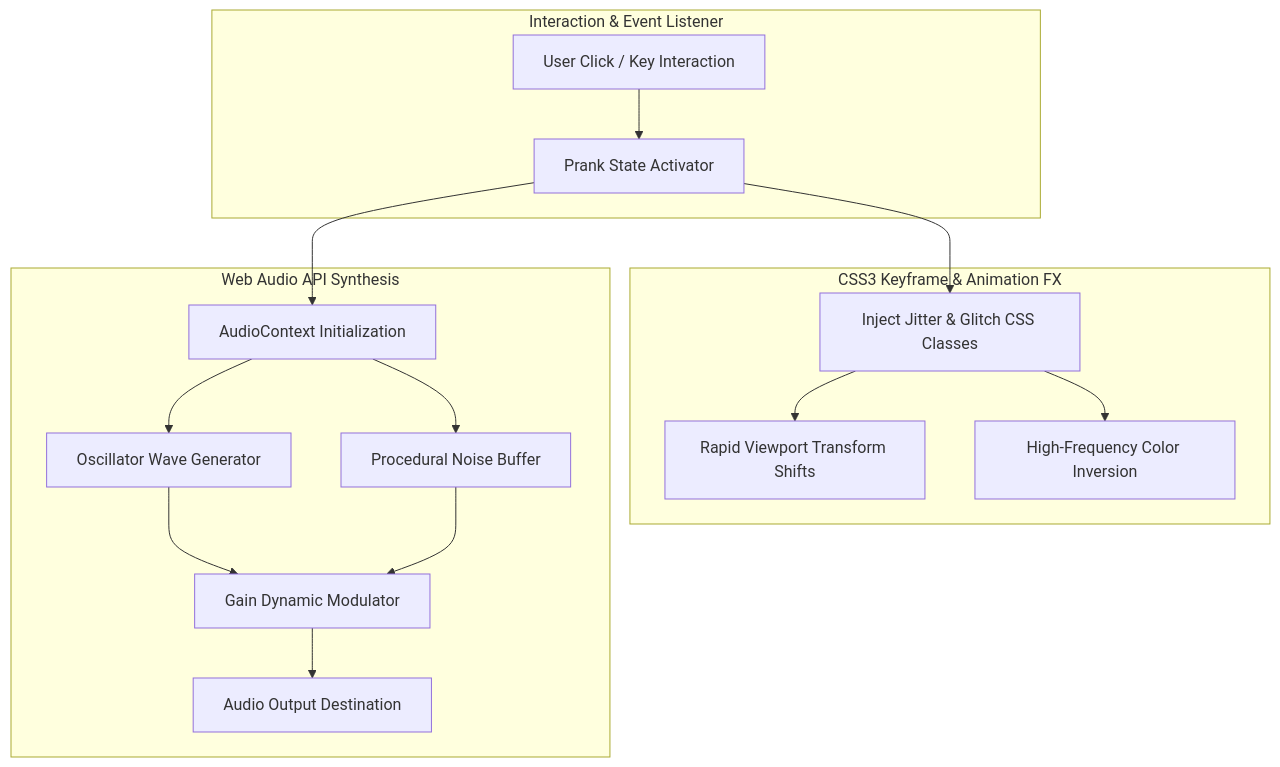
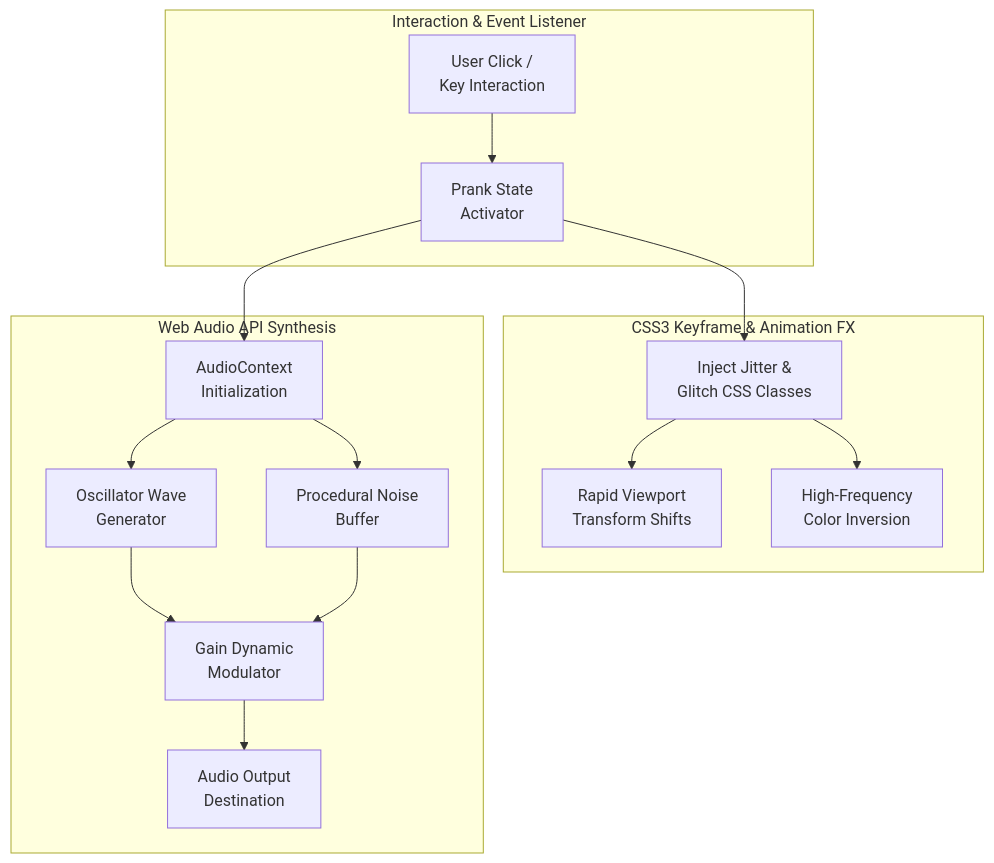
Before and after one commit to ISBANDURAHUMAN-R/PRANK: the diagram in README.md, drawn with Mermaid.

Commit message:
docs: fix Mermaid diagram text visibility, wrapping and responsive layout

````diff
--- a/README.md
+++ b/README.md
@@ -18,20 +18,20 @@
 ```mermaid
 graph TD
     subgraph TriggerLayer ["Interaction & Event Listener"]
-        UserAction[User Click / Key Interaction] --> EventTrigger[Prank State Activator]
+        UserAction["User Click /<br/>Key Interaction"] --> EventTrigger["Prank State<br/>Activator"]
     end
 
     subgraph VisualEngine ["CSS3 Keyframe & Animation FX"]
-        EventTrigger --> GlitchClass[Inject Jitter & Glitch CSS Classes]
-        GlitchClass --> TransformMatrix[Rapid Viewport Transform Shifts]
-        GlitchClass --> ColorInvert[High-Frequency Color Inversion]
+        EventTrigger --> GlitchClass["Inject Jitter &amp;<br/>Glitch CSS Classes"]
+        GlitchClass --> TransformMatrix["Rapid Viewport<br/>Transform Shifts"]
+        GlitchClass --> ColorInvert["High-Frequency<br/>Color Inversion"]
     end
 
     subgraph AudioEngine ["Web Audio API Synthesis"]
-        EventTrigger --> AudioCtx[AudioContext Initialization]
-        AudioCtx --> Osc[Oscillator Wave Generator]
-        AudioCtx --> Noise[Procedural Noise Buffer]
-        Osc & Noise --> GainNode[Gain Dynamic Modulator]
-        GainNode --> Speaker[Audio Output Destination]
+        EventTrigger --> AudioCtx["AudioContext<br/>Initialization"]
+        AudioCtx --> Osc["Oscillator Wave<br/>Generator"]
+        AudioCtx --> Noise["Procedural Noise<br/>Buffer"]
+        Osc & Noise --> GainNode["Gain Dynamic<br/>Modulator"]
+        GainNode --> Speaker["Audio Output<br/>Destination"]
     end
 ```
````
